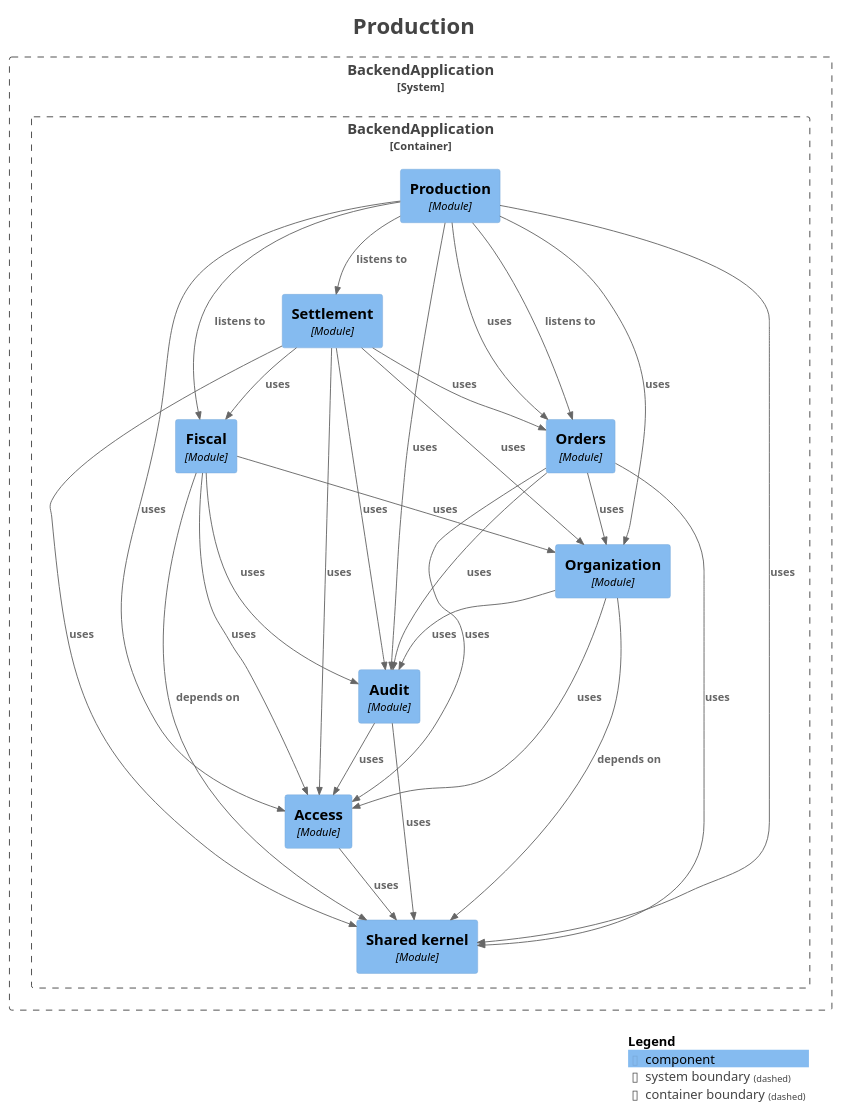
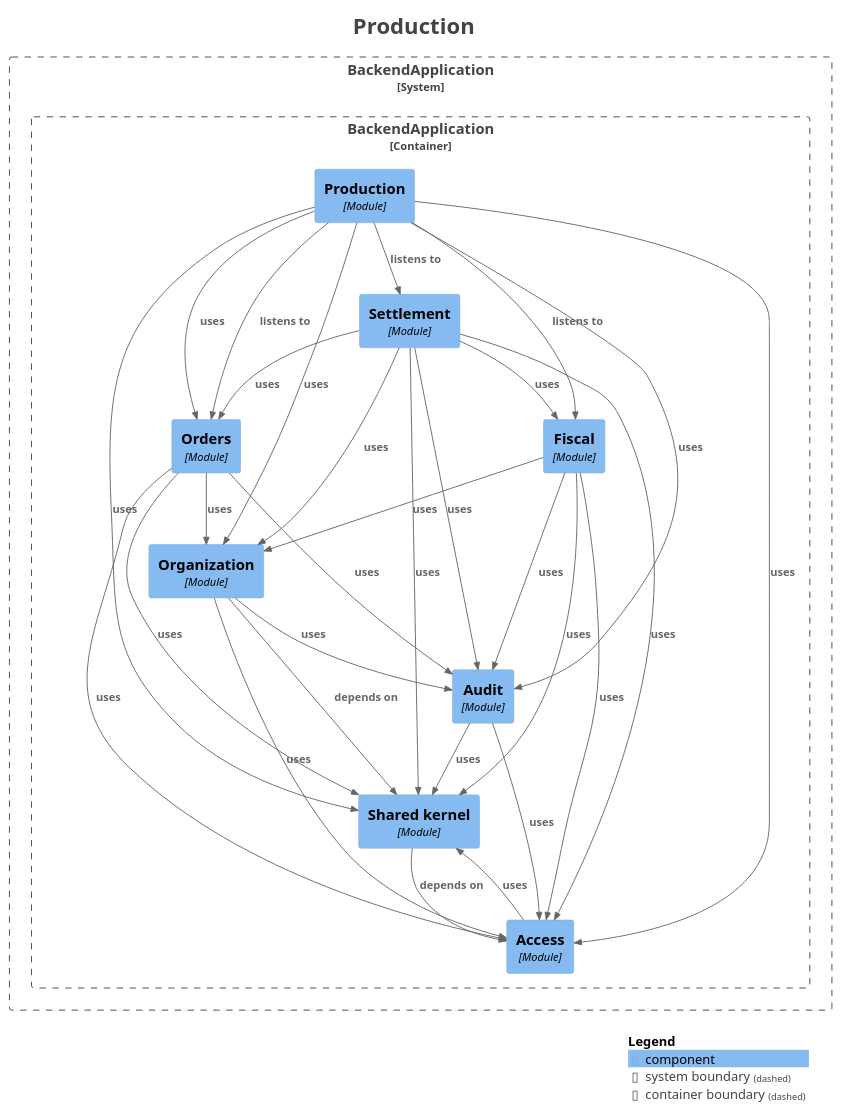
One commit to fxavier/restaurantePRO changed the diagram in docs/architecture/modules/module-production.puml. Above: the diagram before and after it, drawn with PlantUML. The commit also changed 33 other files, not shown here.

```diff
--- a/docs/architecture/modules/module-production.puml
+++ b/docs/architecture/modules/module-production.puml
@@ -1,63 +1,64 @@
 @startuml
 title <size:24>Production</size>
 
 set separator none
 top to bottom direction
 
 <style>
   root {
     BackgroundColor: #ffffff
     FontColor: #444444
   }
 </style>
 
 !include <C4/C4>
 !include <C4/C4_Context>
 !include <C4/C4_Component>
 
 System_Boundary("BackendApplication_boundary", "BackendApplication", $tags="") {
   Container_Boundary("BackendApplication.BackendApplication_boundary", "BackendApplication", $tags="") {
     Component(BackendApplication.BackendApplication.Fiscal, "Fiscal", $techn="Module", $descr="", $tags="", $link="")
     Component(BackendApplication.BackendApplication.Orders, "Orders", $techn="Module", $descr="", $tags="", $link="")
+    Component(BackendApplication.BackendApplication.Organization, "Organization", $techn="Module", $descr="", $tags="", $link="")
+    Component(BackendApplication.BackendApplication.Production, "Production", $techn="Module", $descr="", $tags="", $link="")
     Component(BackendApplication.BackendApplication.Settlement, "Settlement", $techn="Module", $descr="", $tags="", $link="")
-    Component(BackendApplication.BackendApplication.Production, "Production", $techn="Module", $descr="", $tags="", $link="")
     Component(BackendApplication.BackendApplication.Sharedkernel, "Shared kernel", $techn="Module", $descr="", $tags="", $link="")
     Component(BackendApplication.BackendApplication.Access, "Access", $techn="Module", $descr="", $tags="", $link="")
     Component(BackendApplication.BackendApplication.Audit, "Audit", $techn="Module", $descr="", $tags="", $link="")
-    Component(BackendApplication.BackendApplication.Organization, "Organization", $techn="Module", $descr="", $tags="", $link="")
   }
 
 }
 
+Rel(BackendApplication.BackendApplication.Settlement, BackendApplication.BackendApplication.Access, "uses", $techn="", $tags="", $link="")
+Rel(BackendApplication.BackendApplication.Settlement, BackendApplication.BackendApplication.Organization, "uses", $techn="", $tags="", $link="")
+Rel(BackendApplication.BackendApplication.Settlement, BackendApplication.BackendApplication.Orders, "uses", $techn="", $tags="", $link="")
+Rel(BackendApplication.BackendApplication.Settlement, BackendApplication.BackendApplication.Fiscal, "uses", $techn="", $tags="", $link="")
+Rel(BackendApplication.BackendApplication.Settlement, BackendApplication.BackendApplication.Sharedkernel, "uses", $techn="", $tags="", $link="")
+Rel(BackendApplication.BackendApplication.Settlement, BackendApplication.BackendApplication.Audit, "uses", $techn="", $tags="", $link="")
+Rel(BackendApplication.BackendApplication.Fiscal, BackendApplication.BackendApplication.Access, "uses", $techn="", $tags="", $link="")
+Rel(BackendApplication.BackendApplication.Fiscal, BackendApplication.BackendApplication.Organization, "uses", $techn="", $tags="", $link="")
+Rel(BackendApplication.BackendApplication.Fiscal, BackendApplication.BackendApplication.Sharedkernel, "uses", $techn="", $tags="", $link="")
+Rel(BackendApplication.BackendApplication.Fiscal, BackendApplication.BackendApplication.Audit, "uses", $techn="", $tags="", $link="")
+Rel(BackendApplication.BackendApplication.Orders, BackendApplication.BackendApplication.Access, "uses", $techn="", $tags="", $link="")
+Rel(BackendApplication.BackendApplication.Orders, BackendApplication.BackendApplication.Sharedkernel, "uses", $techn="", $tags="", $link="")
+Rel(BackendApplication.BackendApplication.Orders, BackendApplication.BackendApplication.Audit, "uses", $techn="", $tags="", $link="")
+Rel(BackendApplication.BackendApplication.Orders, BackendApplication.BackendApplication.Organization, "uses", $techn="", $tags="", $link="")
 Rel(BackendApplication.BackendApplication.Production, BackendApplication.BackendApplication.Orders, "listens to", $techn="", $tags="", $link="")
 Rel(BackendApplication.BackendApplication.Production, BackendApplication.BackendApplication.Settlement, "listens to", $techn="", $tags="", $link="")
 Rel(BackendApplication.BackendApplication.Production, BackendApplication.BackendApplication.Fiscal, "listens to", $techn="", $tags="", $link="")
 Rel(BackendApplication.BackendApplication.Production, BackendApplication.BackendApplication.Access, "uses", $techn="", $tags="", $link="")
 Rel(BackendApplication.BackendApplication.Production, BackendApplication.BackendApplication.Audit, "uses", $techn="", $tags="", $link="")
 Rel(BackendApplication.BackendApplication.Production, BackendApplication.BackendApplication.Sharedkernel, "uses", $techn="", $tags="", $link="")
 Rel(BackendApplication.BackendApplication.Production, BackendApplication.BackendApplication.Organization, "uses", $techn="", $tags="", $link="")
 Rel(BackendApplication.BackendApplication.Production, BackendApplication.BackendApplication.Orders, "uses", $techn="", $tags="", $link="")
-Rel(BackendApplication.BackendApplication.Orders, BackendApplication.BackendApplication.Access, "uses", $techn="", $tags="", $link="")
-Rel(BackendApplication.BackendApplication.Orders, BackendApplication.BackendApplication.Audit, "uses", $techn="", $tags="", $link="")
-Rel(BackendApplication.BackendApplication.Orders, BackendApplication.BackendApplication.Sharedkernel, "uses", $techn="", $tags="", $link="")
-Rel(BackendApplication.BackendApplication.Orders, BackendApplication.BackendApplication.Organization, "uses", $techn="", $tags="", $link="")
+Rel(BackendApplication.BackendApplication.Sharedkernel, BackendApplication.BackendApplication.Access, "depends on", $techn="", $tags="", $link="")
 Rel(BackendApplication.BackendApplication.Organization, BackendApplication.BackendApplication.Sharedkernel, "depends on", $techn="", $tags="", $link="")
 Rel(BackendApplication.BackendApplication.Organization, BackendApplication.BackendApplication.Audit, "uses", $techn="", $tags="", $link="")
 Rel(BackendApplication.BackendApplication.Organization, BackendApplication.BackendApplication.Access, "uses", $techn="", $tags="", $link="")
+Rel(BackendApplication.BackendApplication.Access, BackendApplication.BackendApplication.Sharedkernel, "uses", $techn="", $tags="", $link="")
 Rel(BackendApplication.BackendApplication.Audit, BackendApplication.BackendApplication.Access, "uses", $techn="", $tags="", $link="")
 Rel(BackendApplication.BackendApplication.Audit, BackendApplication.BackendApplication.Sharedkernel, "uses", $techn="", $tags="", $link="")
-Rel(BackendApplication.BackendApplication.Fiscal, BackendApplication.BackendApplication.Sharedkernel, "depends on", $techn="", $tags="", $link="")
-Rel(BackendApplication.BackendApplication.Fiscal, BackendApplication.BackendApplication.Access, "uses", $techn="", $tags="", $link="")
-Rel(BackendApplication.BackendApplication.Fiscal, BackendApplication.BackendApplication.Organization, "uses", $techn="", $tags="", $link="")
-Rel(BackendApplication.BackendApplication.Fiscal, BackendApplication.BackendApplication.Audit, "uses", $techn="", $tags="", $link="")
-Rel(BackendApplication.BackendApplication.Access, BackendApplication.BackendApplication.Sharedkernel, "uses", $techn="", $tags="", $link="")
-Rel(BackendApplication.BackendApplication.Settlement, BackendApplication.BackendApplication.Access, "uses", $techn="", $tags="", $link="")
-Rel(BackendApplication.BackendApplication.Settlement, BackendApplication.BackendApplication.Organization, "uses", $techn="", $tags="", $link="")
-Rel(BackendApplication.BackendApplication.Settlement, BackendApplication.BackendApplication.Orders, "uses", $techn="", $tags="", $link="")
-Rel(BackendApplication.BackendApplication.Settlement, BackendApplication.BackendApplication.Fiscal, "uses", $techn="", $tags="", $link="")
-Rel(BackendApplication.BackendApplication.Settlement, BackendApplication.BackendApplication.Audit, "uses", $techn="", $tags="", $link="")
-Rel(BackendApplication.BackendApplication.Settlement, BackendApplication.BackendApplication.Sharedkernel, "uses", $techn="", $tags="", $link="")
 
 SHOW_LEGEND(true)
 hide stereotypes
 @enduml
```
